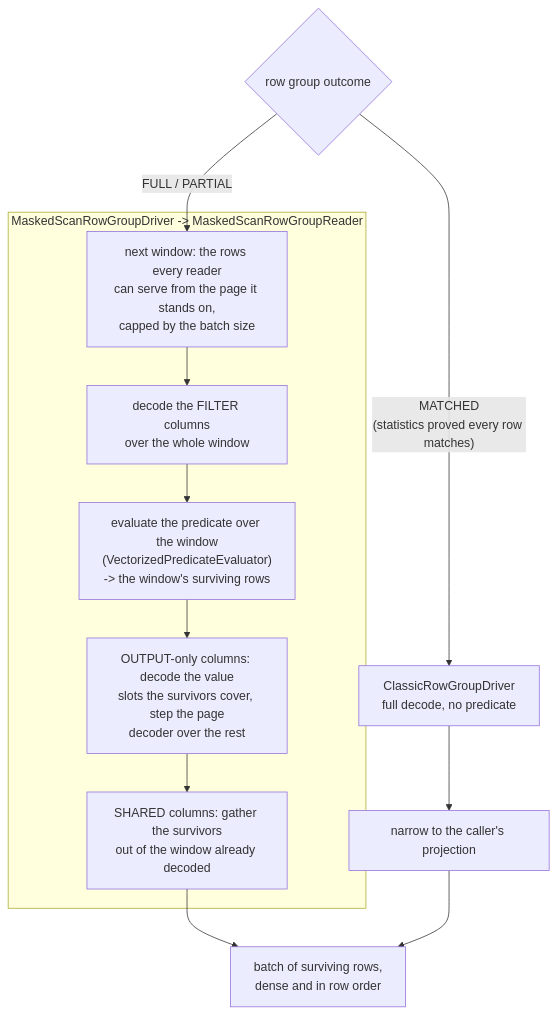
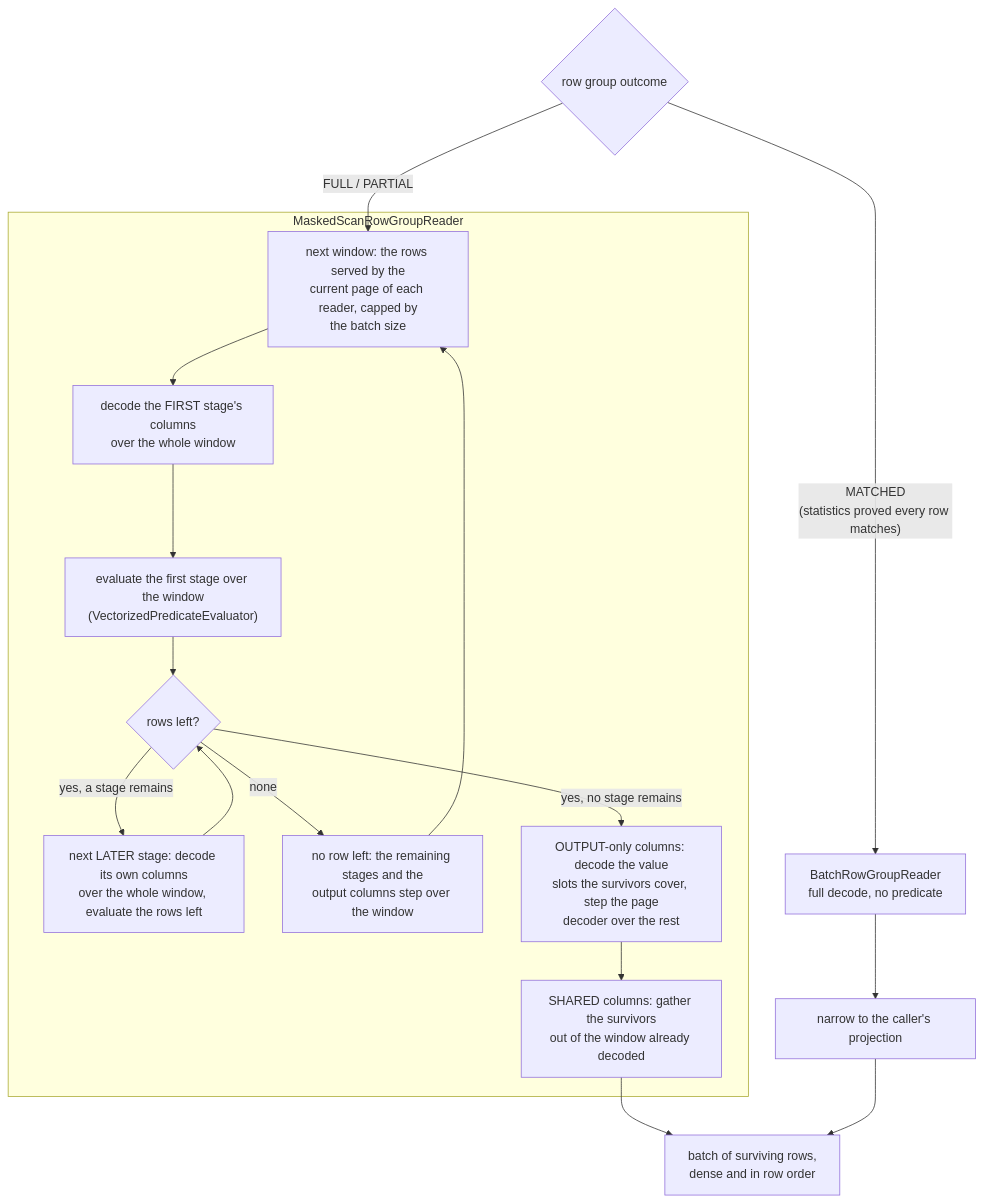
One commit to tileverse-io/parquetry changed the sixth of 7 diagrams in docs/read-path.md. Above: the diagram before and after it, drawn with Mermaid. The commit also changed other lines of this file and 22 other files, not shown here.

First line of the commit message:
perf: decode a filter column only where earlier conditions leave rows

````diff
--- a/docs/read-path.md
+++ b/docs/read-path.md
@@ -359,19 +361,28 @@
 ```mermaid
 flowchart TD
     outcome{"row group outcome"}
-    outcome -->|"MATCHED<br/>(statistics proved every row matches)"| classic["ClassicRowGroupDriver<br/>full decode, no predicate"]
+    outcome -->|"MATCHED<br/>(statistics proved every row matches)"| classic["BatchRowGroupReader<br/>full decode, no predicate"]
     outcome -->|"FULL / PARTIAL"| win
 
-    subgraph scan["MaskedScanRowGroupDriver -> MaskedScanRowGroupReader"]
-        win["next window: the rows every reader<br/>can serve from the page it stands on,<br/>capped by the batch size"]
-        filt["decode the FILTER columns<br/>over the whole window"]
-        eval["evaluate the predicate over the window<br/>(VectorizedPredicateEvaluator)<br/>-> the window's surviving rows"]
+    subgraph scan["MaskedScanRowGroupReader"]
+        win["next window: the rows served by the<br/>current page of each reader, capped by<br/>the batch size"]
+        filt["decode the FIRST stage's columns<br/>over the whole window"]
+        eval["evaluate the first stage over the window<br/>(VectorizedPredicateEvaluator)"]
+        rowsLeft{"rows left?"}
+        later["next LATER stage: decode its own columns<br/>over the whole window, evaluate the rows left"]
+        step["no row left: the remaining stages and the<br/>output columns step over the window"]
         out["OUTPUT-only columns: decode the value<br/>slots the survivors cover, step the page<br/>decoder over the rest"]
         gather["SHARED columns: gather the survivors<br/>out of the window already decoded"]
-        win --> filt --> eval --> out --> gather
+        win --> filt --> eval --> rowsLeft
+        rowsLeft -->|"yes, a stage remains"| later
+        later --> rowsLeft
+        rowsLeft -->|"none"| step
+        step --> win
+        rowsLeft -->|"yes, no stage remains"| out
+        out --> gather
     end
 
     gather --> batches["batch of surviving rows,<br/>dense and in row order"]
     classic --> narrow["narrow to the caller's projection"]
     narrow --> batches
 ```
````
